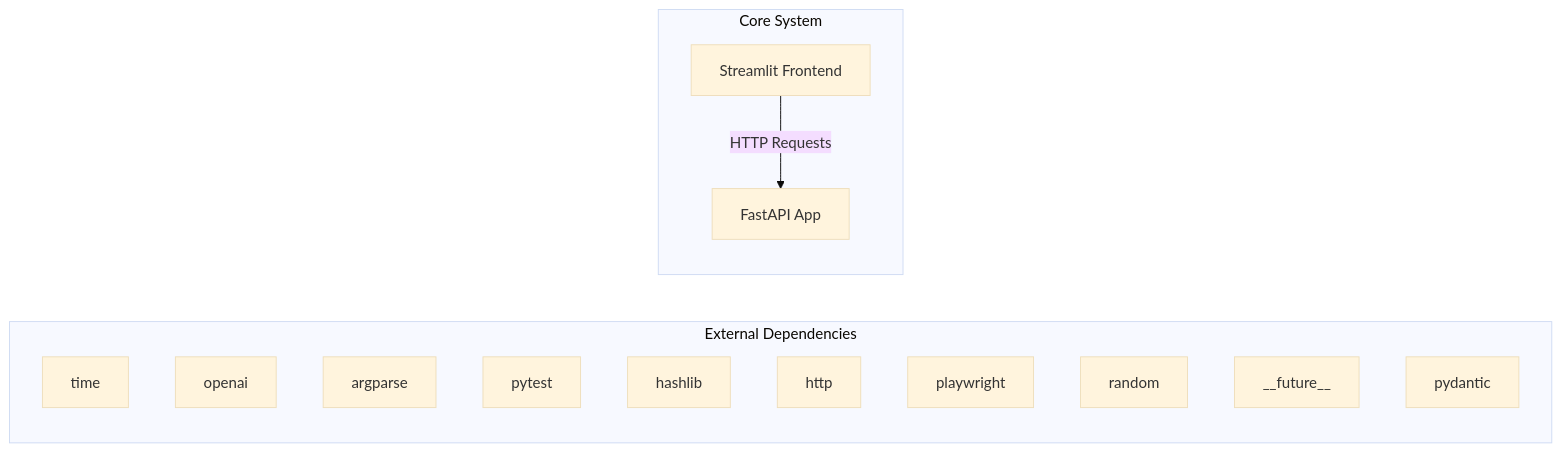
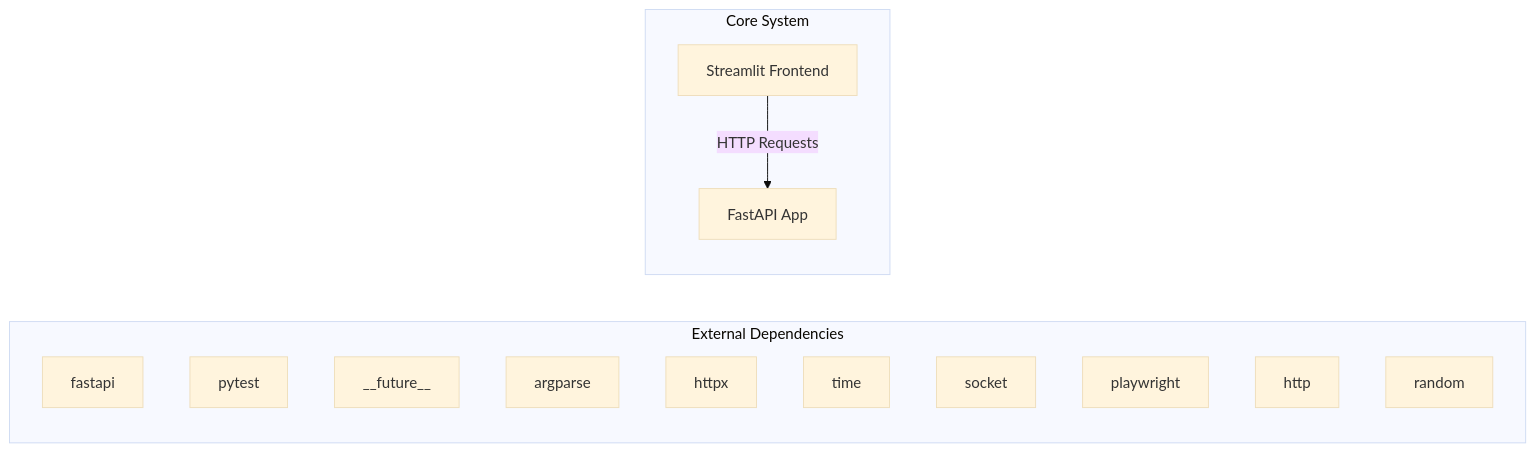
One commit to NITISH-R-G/rag-context-optimizer changed the first of 2 diagrams in docs/architecture.md. Above: the diagram before and after it, drawn with Mermaid (base theme). The commit also changed 1 other file, not shown here.

Commit message:
docs: auto-update repository knowledge, architecture diagrams, and documentation

````diff
--- a/docs/architecture.md
+++ b/docs/architecture.md
@@ -7,20 +7,20 @@
 ```mermaid
 graph LR
     subgraph External Dependencies
-        E0["time"]
-        E1["openai"]
-        E2["argparse"]
-        E3["pytest"]
-        E4["hashlib"]
-        E5["http"]
-        E6["playwright"]
-        E7["random"]
-        E8["__future__"]
-        E9["pydantic"]
+        E0["fastapi"]
+        E1["pytest"]
+        E2["__future__"]
+        E3["argparse"]
+        E4["httpx"]
+        E5["time"]
+        E6["socket"]
+        E7["playwright"]
+        E8["http"]
+        E9["random"]
     end
     subgraph Core System
         API["FastAPI App"]
         UI["Streamlit Frontend"]
     end
     UI -->|HTTP Requests| API
 ```
````
